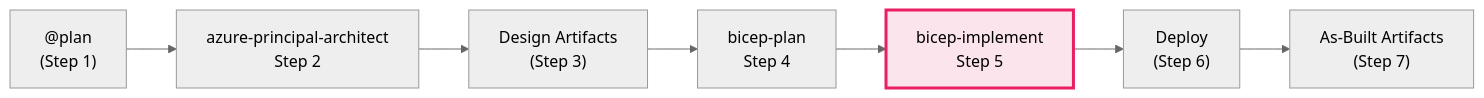
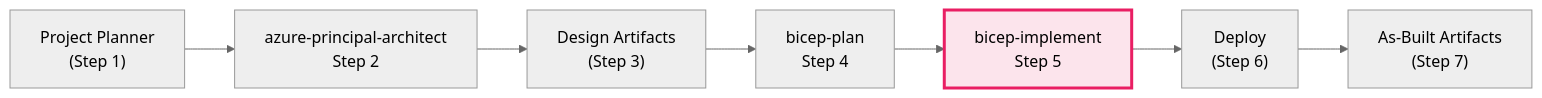
Before and after one commit to jonathan-vella/apex-accelerator: the diagram in .github/agents/bicep-implement.agent.md, drawn with Mermaid. The commit also changed other lines of this file and 31 other files, not shown here.

````diff
--- a/.github/agents/bicep-implement.agent.md
+++ b/.github/agents/bicep-implement.agent.md
@@ -605,11 +611,11 @@
 ```mermaid
 %%{init: {'theme':'neutral'}}%%
 graph LR
-    P["@plan<br/>(Step 1)"] --> A[azure-principal-architect<br/>Step 2]
+    P["Project Planner<br/>(Step 1)"] --> A[azure-principal-architect<br/>Step 2]
     A --> D["Design Artifacts<br/>(Step 3)"]
     D --> B[bicep-plan<br/>Step 4]
     B --> I[bicep-implement<br/>Step 5]
     I --> DEP["Deploy<br/>(Step 6)"]
     DEP --> F["As-Built Artifacts<br/>(Step 7)"]
     style I fill:#fce4ec,stroke:#e91e63,stroke-width:3px
 ```
````
